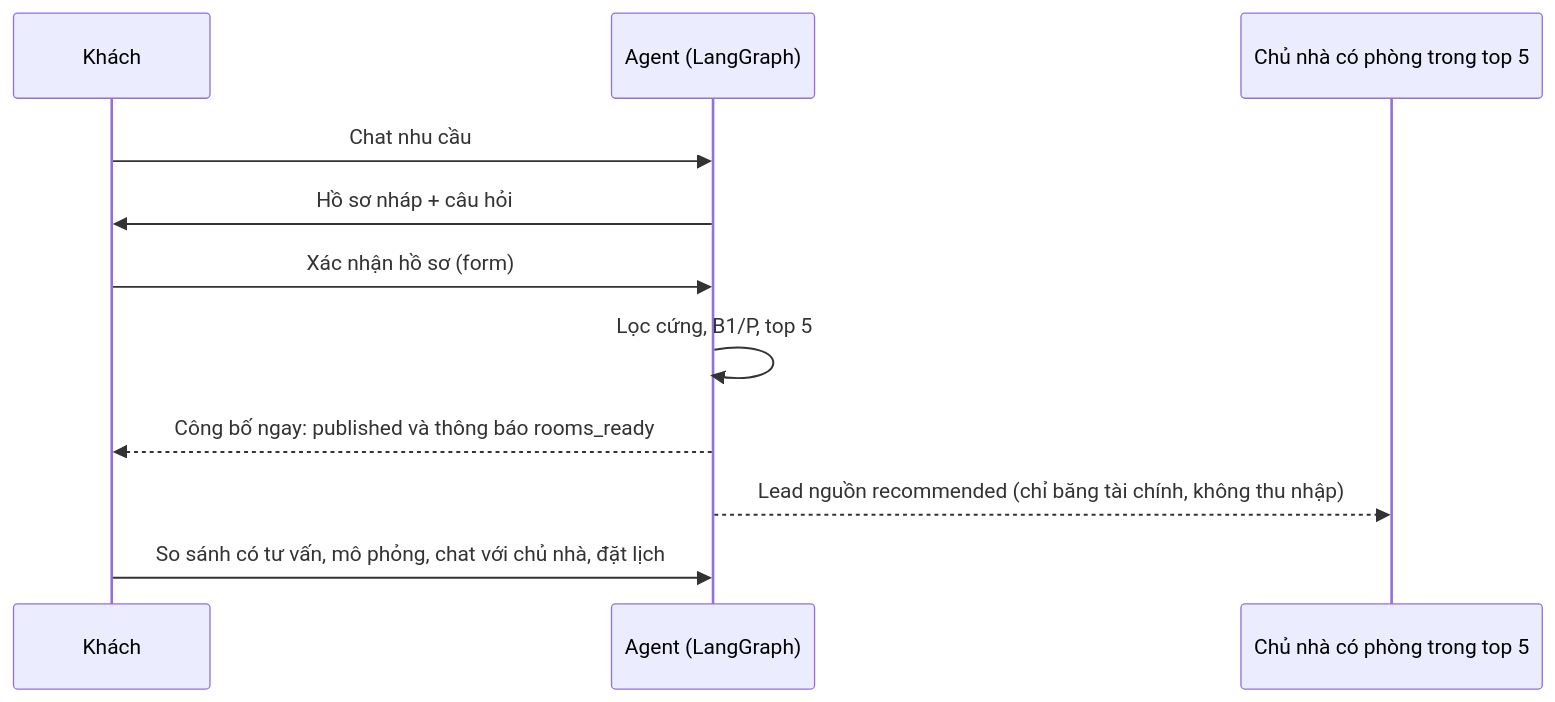
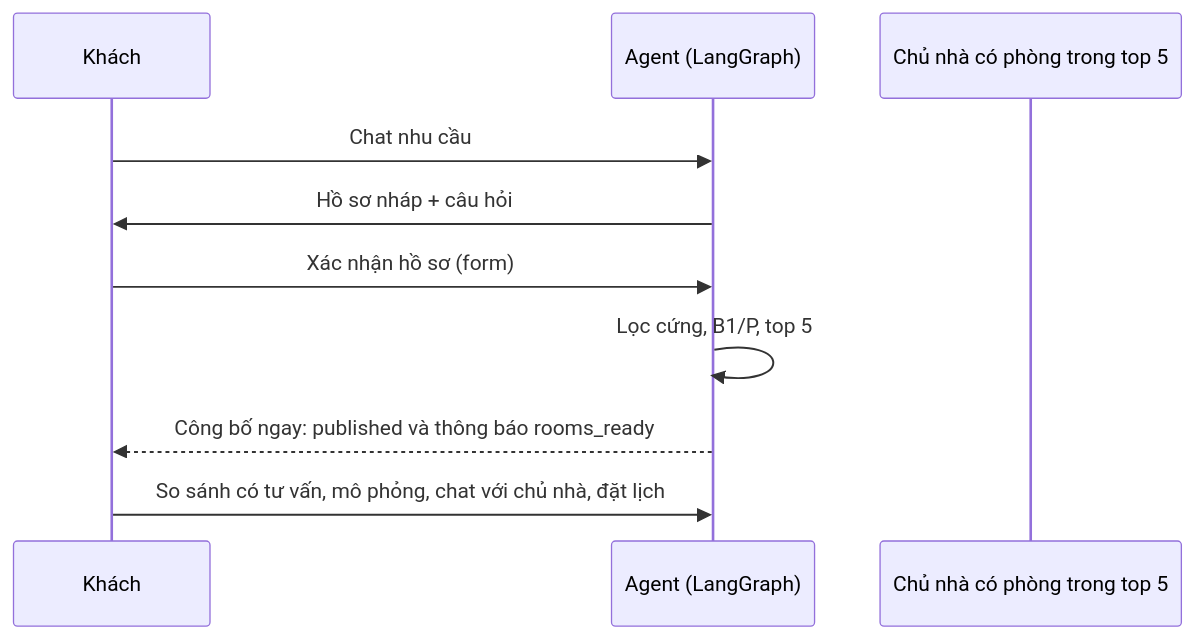
The first of 2 diagrams in docs/quy-trinh-nghiep-vu.md (RealQuangSon/KLTN_NguyenQuangSon), drawn with Mermaid before and after one commit. The commit also changed other lines of this file and 288 other files, not shown here.

First line of the commit message:
chore: hoàn thiện mã nguồn và dọn tài liệu trước khi nộp

````diff
--- a/docs/quy-trinh-nghiep-vu.md
+++ b/docs/quy-trinh-nghiep-vu.md
@@ -20,13 +20,12 @@
 ```mermaid
 sequenceDiagram
   participant K as Khách
   participant A as Agent (LangGraph)
   participant C as Chủ nhà có phòng trong top 5
   K->>A: Chat nhu cầu
   A->>K: Hồ sơ nháp + câu hỏi
   K->>A: Xác nhận hồ sơ (form)
   A->>A: Lọc cứng, B1/P, top 5
   A-->>K: Công bố ngay: published và thông báo rooms_ready
-  A-->>C: Lead nguồn recommended (chỉ băng tài chính, không thu nhập)
   K->>A: So sánh có tư vấn, mô phỏng, chat với chủ nhà, đặt lịch
 ```
````
